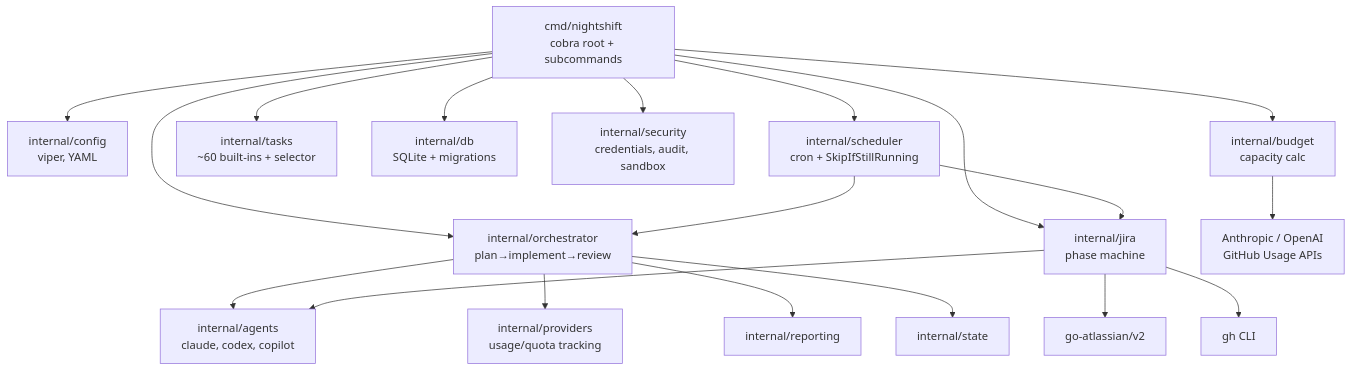
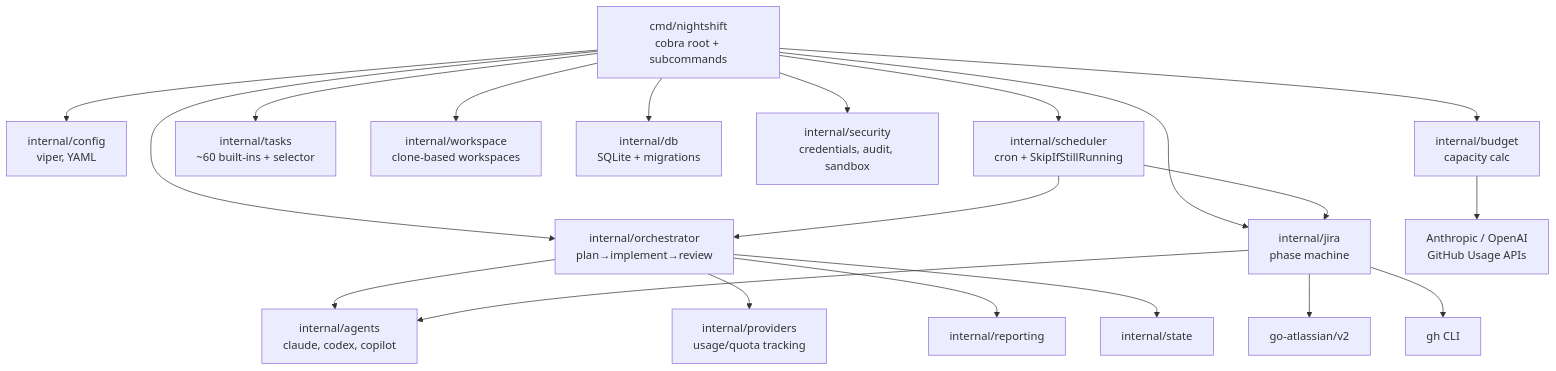
One commit to cedricfarinazzo/nightshift changed the first of 5 diagrams in docs/dev/architecture.md. Above: the diagram before and after it, drawn with Mermaid. The commit also changed 11 other files, not shown here.

Commit message:
feat: VC-76: Run nightshift tasks in dedicated clone-based workspaces

````diff
--- a/docs/dev/architecture.md
+++ b/docs/dev/architecture.md
@@ -5,26 +5,27 @@
 ```mermaid
 graph TD
     CLI["cmd/nightshift<br/>cobra root + subcommands"]
 
     CLI --> Config["internal/config<br/>viper, YAML"]
     CLI --> Budget["internal/budget<br/>capacity calc"]
     CLI --> Tasks["internal/tasks<br/>~60 built-ins + selector"]
     CLI --> Orch["internal/orchestrator<br/>plan→implement→review"]
     CLI --> JiraOrch["internal/jira<br/>phase machine"]
+    CLI --> WS["internal/workspace<br/>clone-based workspaces"]
     CLI --> DB["internal/db<br/>SQLite + migrations"]
     CLI --> Security["internal/security<br/>credentials, audit, sandbox"]
     CLI --> Sched["internal/scheduler<br/>cron + SkipIfStillRunning"]
 
     Orch --> Agents["internal/agents<br/>claude, codex, copilot"]
     Orch --> Providers["internal/providers<br/>usage/quota tracking"]
     Orch --> Reporting["internal/reporting"]
     Orch --> State["internal/state"]
 
     JiraOrch --> Agents
     JiraOrch --> JiraAPI["go-atlassian/v2"]
     JiraOrch --> GH["gh CLI"]
 
     Budget --> UsageAPI["Anthropic / OpenAI<br/>GitHub Usage APIs"]
     Sched --> Orch
     Sched --> JiraOrch
 ```
````
